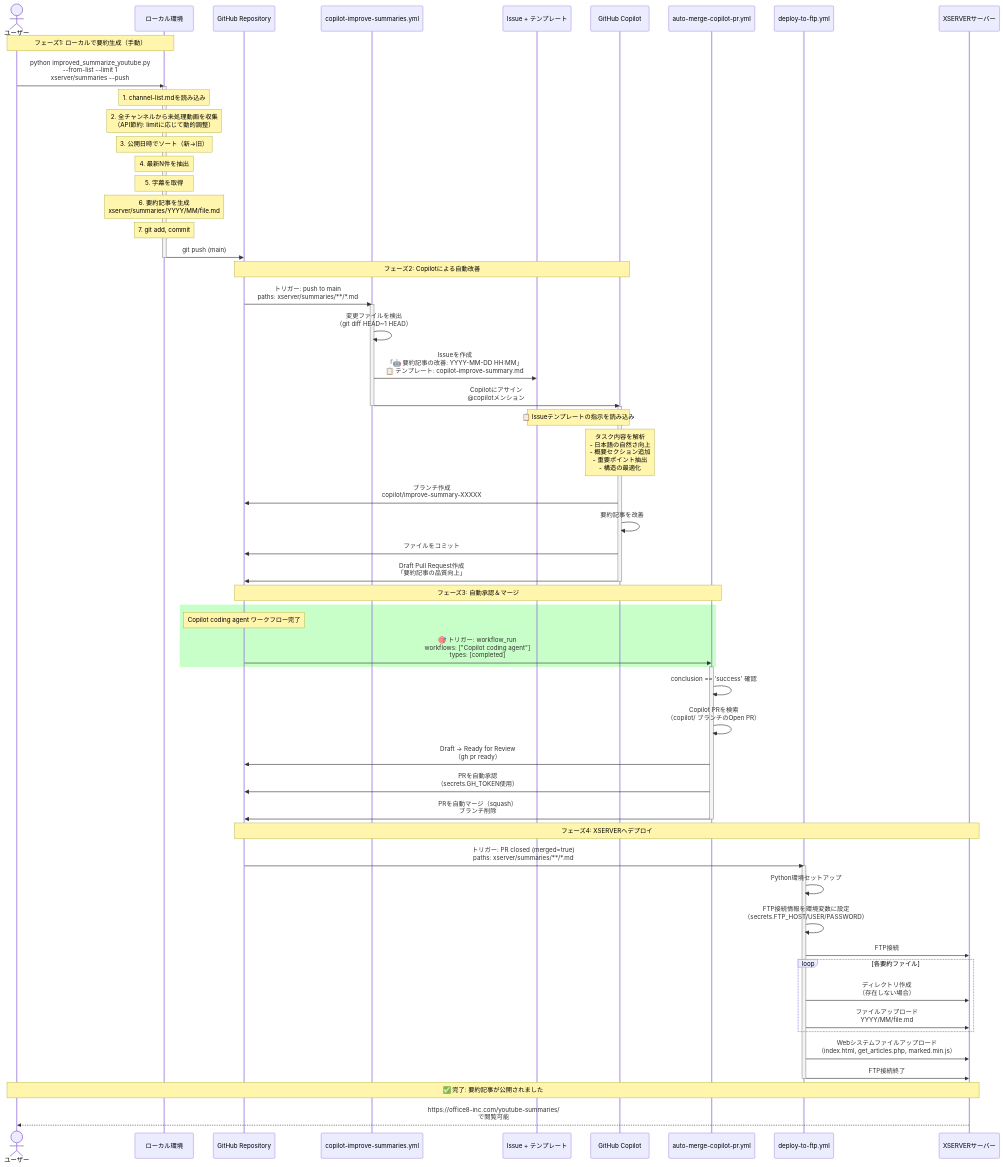
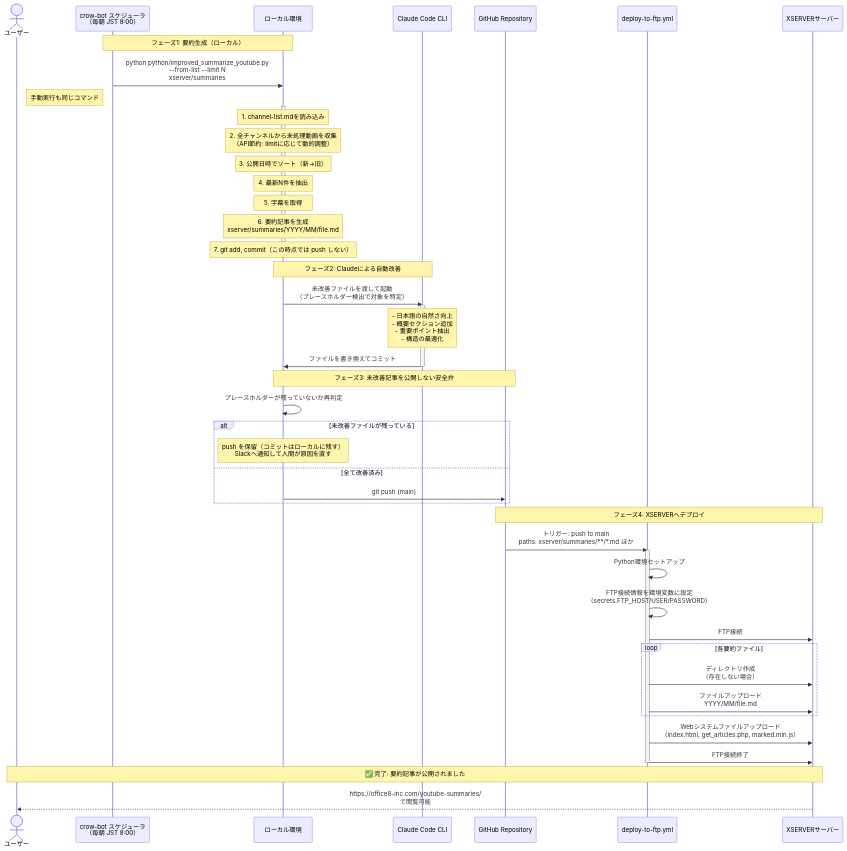
One commit to office8-inc/youtube-summaries changed the diagram in .github/sequence-diagram.md. Above: the diagram before and after it, drawn with Mermaid. The commit also changed other lines of this file and 7 other files, not shown here.

First line of the commit message:
Copilot 経路を撤去し Claude ベースの現行フローに揃える

````diff
--- a/.github/sequence-diagram.md
+++ b/.github/sequence-diagram.md
@@ -3,19 +3,18 @@
 ```mermaid
 sequenceDiagram
     actor User as ユーザー
+    participant Cron as crow-bot スケジューラ<br/>（毎朝 JST 8:00）
     participant Local as ローカル環境
+    participant Claude as Claude Code CLI
     participant GitHub as GitHub Repository
-    participant GHA1 as copilot-improve-summaries.yml
-    participant Issue as Issue + テンプレート
-    participant Copilot as GitHub Copilot
-    participant GHA2 as auto-merge-copilot-pr.yml
-    participant GHA3 as deploy-to-ftp.yml
+    participant GHA as deploy-to-ftp.yml
     participant XSERVER as XSERVERサーバー
-    
-    %% フェーズ1: 要約記事の生成とプッシュ
-    Note over User,Local: フェーズ1: ローカルで要約生成（手動）
-    User->>Local: python improved_summarize_youtube.py<br/>--from-list --limit 1<br/>xserver/summaries --push
-    
+
+    %% フェーズ1: 要約記事の生成
+    Note over Cron,Local: フェーズ1: 要約生成（ローカル）
+    Cron->>Local: python python/improved_summarize_youtube.py<br/>--from-list --limit N<br/>xserver/summaries
+    Note right of User: 手動実行も同じコマンド
+
     activate Local
     Note over Local: 1. channel-list.mdを読み込み
     Note over Local: 2. 全チャンネルから未処理動画を収集<br/>（API節約: limitに応じて動的調整）
@@ -23,63 +22,43 @@
     Note over Local: 4. 最新N件を抽出
     Note over Local: 5. 字幕を取得
     Note over Local: 6. 要約記事を生成<br/>xserver/summaries/YYYY/MM/file.md
-    Note over Local: 7. git add, commit
-    Local->>GitHub: git push (main)
+    Note over Local: 7. git add, commit（この時点では push しない）
     deactivate Local
-    
-    %% フェーズ2: Copilotによる改善
-    Note over GitHub,Copilot: フェーズ2: Copilotによる自動改善
-    GitHub->>GHA1: トリガー: push to main<br/>paths: xserver/summaries/**/*.md
-    activate GHA1
-    
-    GHA1->>GHA1: 変更ファイルを検出<br/>（git diff HEAD~1 HEAD）
-    GHA1->>Issue: Issueを作成<br/>「🤖 要約記事の改善: YYYY-MM-DD HH:MM」<br/>📋 テンプレート: copilot-improve-summary.md
-    GHA1->>Copilot: Copilotにアサイン<br/>@copilotメンション
-    deactivate GHA1
-    
-    activate Copilot
-    Note over Issue,Copilot: 📋 Issueテンプレートの指示を読み込み
-    Note over Copilot: タスク内容を解析<br/>- 日本語の自然さ向上<br/>- 概要セクション追加<br/>- 重要ポイント抽出<br/>- 構造の最適化
-    
-    Copilot->>GitHub: ブランチ作成<br/>copilot/improve-summary-XXXXX
-    Copilot->>Copilot: 要約記事を改善
-    Copilot->>GitHub: ファイルをコミット
-    Copilot->>GitHub: Draft Pull Request作成<br/>「要約記事の品質向上」
-    deactivate Copilot
-    
-    %% フェーズ3: 自動承認とマージ
-    Note over GitHub,GHA2: フェーズ3: 自動承認＆マージ
-    rect rgb(200, 255, 200)
-        Note over GitHub: Copilot coding agent ワークフロー完了
-        GitHub->>GHA2: 🎯 トリガー: workflow_run<br/>workflows: ["Copilot coding agent"]<br/>types: [completed]
+
+    %% フェーズ2: Claudeによる改善
+    Note over Local,Claude: フェーズ2: Claudeによる自動改善
+    Local->>Claude: 未改善ファイルを渡して起動<br/>（プレースホルダー検出で対象を特定）
+    activate Claude
+    Note over Claude: - 日本語の自然さ向上<br/>- 概要セクション追加<br/>- 重要ポイント抽出<br/>- 構造の最適化
+    Claude->>Local: ファイルを書き換えてコミット
+    deactivate Claude
+
+    %% フェーズ3: 安全弁つきpush
+    Note over Local,GitHub: フェーズ3: 未改善記事を公開しない安全弁
+    Local->>Local: プレースホルダーが残っていないか再判定
+    alt 未改善ファイルが残っている
+        Note over Local: push を保留（コミットはローカルに残す）<br/>Slackへ通知して人間が原因を直す
+    else 全て改善済み
+        Local->>GitHub: git push (main)
     end
-    activate GHA2
-    
-    GHA2->>GHA2: conclusion == 'success' 確認
-    GHA2->>GHA2: Copilot PRを検索<br/>（copilot/ ブランチのOpen PR）
-    GHA2->>GitHub: Draft → Ready for Review<br/>（gh pr ready）
-    GHA2->>GitHub: PRを自動承認<br/>（secrets.GH_TOKEN使用）
-    GHA2->>GitHub: PRを自動マージ（squash）<br/>ブランチ削除
-    deactivate GHA2
-    
+
     %% フェーズ4: FTPアップロード
     Note over GitHub,XSERVER: フェーズ4: XSERVERへデプロイ
-    GitHub->>GHA3: トリガー: PR closed (merged=true)<br/>paths: xserver/summaries/**/*.md
-    activate GHA3
-    
-    GHA3->>GHA3: Python環境セットアップ
-    GHA3->>GHA3: FTP接続情報を環境変数に設定<br/>（secrets.FTP_HOST/USER/PASSWORD）
-    GHA3->>XSERVER: FTP接続
-    
+    GitHub->>GHA: トリガー: push to main<br/>paths: xserver/summaries/**/*.md ほか
+    activate GHA
+    GHA->>GHA: Python環境セットアップ
+    GHA->>GHA: FTP接続情報を環境変数に設定<br/>（secrets.FTP_HOST/USER/PASSWORD）
+    GHA->>XSERVER: FTP接続
+
     loop 各要約ファイル
-        GHA3->>XSERVER: ディレクトリ作成<br/>（存在しない場合）
-        GHA3->>XSERVER: ファイルアップロード<br/>YYYY/MM/file.md
+        GHA->>XSERVER: ディレクトリ作成<br/>（存在しない場合）
+        GHA->>XSERVER: ファイルアップロード<br/>YYYY/MM/file.md
     end
-    
-    GHA3->>XSERVER: Webシステムファイルアップロード<br/>（index.html, get_articles.php, marked.min.js）
-    GHA3->>XSERVER: FTP接続終了
-    deactivate GHA3
-    
+
+    GHA->>XSERVER: Webシステムファイルアップロード<br/>（index.html, get_articles.php, marked.min.js）
+    GHA->>XSERVER: FTP接続終了
+    deactivate GHA
+
     %% 完了
     Note over User,XSERVER: ✅ 完了: 要約記事が公開されました
     XSERVER-->>User: https://office8-inc.com/youtube-summaries/<br/>で閲覧可能
````
